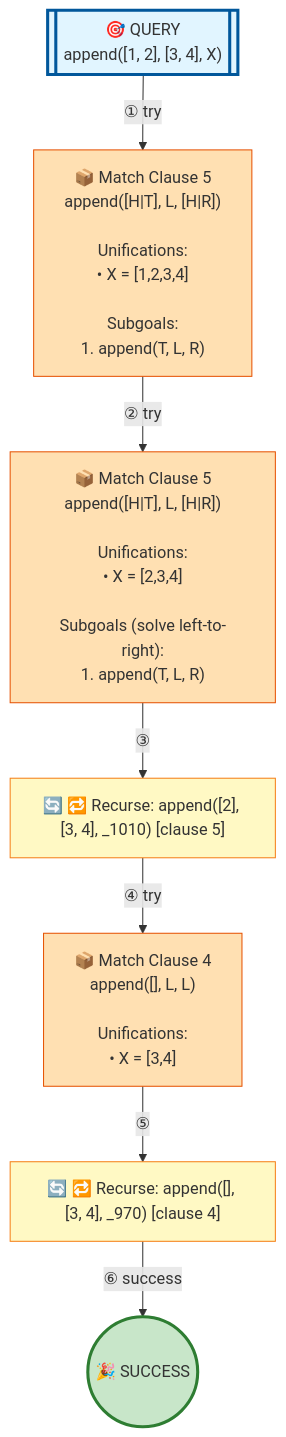
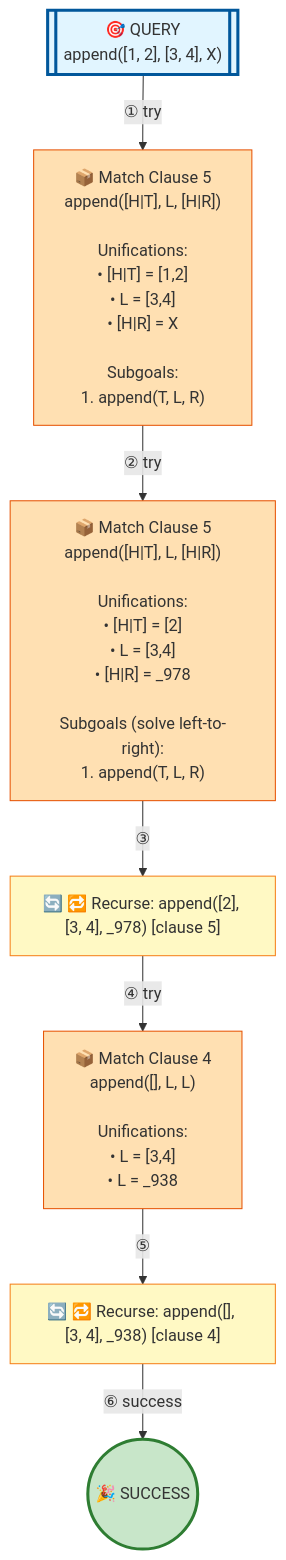
The diagram in examples/append-full.md (jarecsni/prolog-trace-viz), drawn with Mermaid before and after one commit. The commit also changed other lines of this file and 17 other files, not shown here.

````diff
--- a/examples/append-full.md
+++ b/examples/append-full.md
@@ -18,29 +18,29 @@
 ```mermaid
 graph TD
 
 %% Nodes
 A[["🎯 QUERY<br/>append([1, 2], [3, 4], X)"]]
-B["📦 Match Clause 5<br/>append([H|T], L, [H|R])<br/><br/>Unifications:<br/>• X = [1,2,3,4]<br/><br/>Subgoals:<br/>1. append(T, L, R)"]
-C["🔄 🔁 Recurse: append([2], [3, 4], _1010) [clause 5]"]
-D["📦 Match Clause 5<br/>append([H|T], L, [H|R])<br/><br/>Unifications:<br/>• X = [2,3,4]<br/><br/>Subgoals (solve left-to-right):<br/>1. append(T, L, R)"]
-E["🔄 🔁 Recurse: append([], [3, 4], _970) [clause 4]"]
-F["📦 Match Clause 4<br/>append([], L, L)<br/><br/>Unifications:<br/>• X = [3,4]"]
+B["📦 Match Clause 5<br/>append([H|T], L, [H|R])<br/><br/>Unifications:<br/>• [H|T] = [1,2]<br/>• L = [3,4]<br/>• [H|R] = X<br/><br/>Subgoals:<br/>1. append(T, L, R)"]
+C["🔄 🔁 Recurse: append([2], [3, 4], _978) [clause 5]"]
+D["📦 Match Clause 5<br/>append([H|T], L, [H|R])<br/><br/>Unifications:<br/>• [H|T] = [2]<br/>• L = [3,4]<br/>• [H|R] = _978<br/><br/>Subgoals (solve left-to-right):<br/>1. append(T, L, R)"]
+E["🔄 🔁 Recurse: append([], [3, 4], _938) [clause 4]"]
+F["📦 Match Clause 4<br/>append([], L, L)<br/><br/>Unifications:<br/>• L = [3,4]<br/>• L = _938"]
 G(("🎉 SUCCESS"))
 
 %% Edges
 A -->|"① try"| B
 B -->|"② try"| D
 D -->|"③"| C
 C -->|"④ try"| F
 F -->|"⑤"| E
 E -->|"⑥ success"| G
 
 %% Styles
 style A fill:#e1f5ff,stroke:#01579b,stroke-width:3px
 style B fill:#ffe0b2,stroke:#e65100
 style C fill:#fff9c4,stroke:#f57f17
 style D fill:#ffe0b2,stroke:#e65100
 style E fill:#fff9c4,stroke:#f57f17
 style F fill:#ffe0b2,stroke:#e65100
 style G fill:#c8e6c9,stroke:#2e7d32,stroke-width:3px
 ```
````
